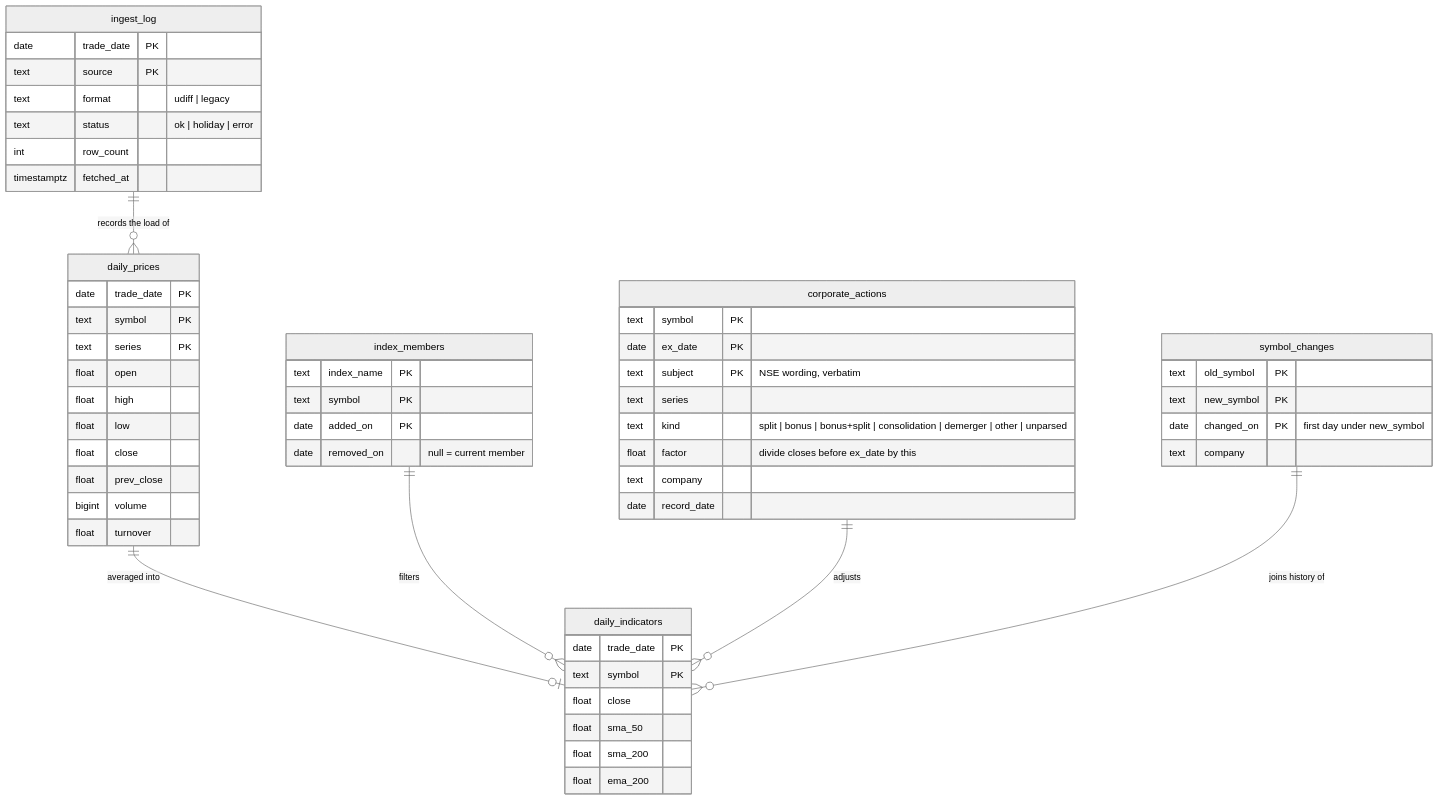
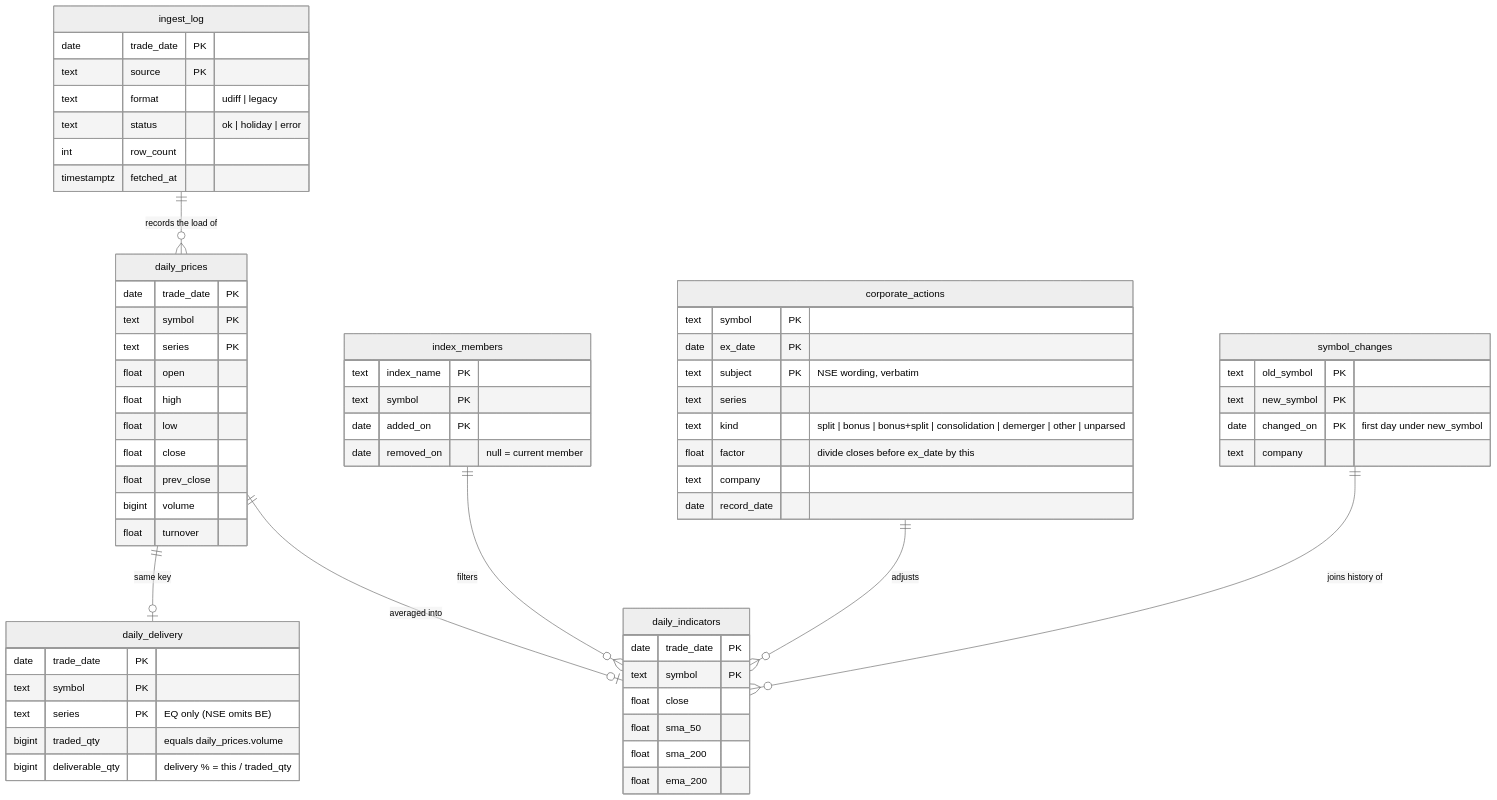
One commit to abhinav2525/TradeSence changed the third of 3 diagrams in README.md. Above: the diagram before and after it, drawn with Mermaid (neutral theme). The commit also changed other lines of this file and 18 other files, not shown here.

````diff
--- a/README.md
+++ b/README.md
@@ -122,58 +122,66 @@
 ```mermaid
 erDiagram
     daily_prices {
         date trade_date PK
         text symbol PK
         text series PK
         float open
         float high
         float low
         float close
         float prev_close
         bigint volume
         float turnover
     }
     index_members {
         text index_name PK
         text symbol PK
         date added_on PK
         date removed_on "null = current member"
     }
     daily_indicators {
         date trade_date PK
         text symbol PK
         float close
         float sma_50
         float sma_200
         float ema_200
     }
     corporate_actions {
         text symbol PK
         date ex_date PK
         text subject PK "NSE wording, verbatim"
         text series
         text kind "split | bonus | bonus+split | consolidation | demerger | other | unparsed"
         float factor "divide closes before ex_date by this"
         text company
         date record_date
     }
     symbol_changes {
         text old_symbol PK
         text new_symbol PK
         date changed_on PK "first day under new_symbol"
         text company
     }
+    daily_delivery {
+        date trade_date PK
+        text symbol PK
+        text series PK "EQ only (NSE omits BE)"
+        bigint traded_qty "equals daily_prices.volume"
+        bigint deliverable_qty "delivery % = this / traded_qty"
+    }
     ingest_log {
         date trade_date PK
         text source PK
         text format "udiff | legacy"
         text status "ok | holiday | error"
         int row_count
         timestamptz fetched_at
     }
     daily_prices ||--o| daily_indicators : "averaged into"
+    daily_prices ||--o| daily_delivery : "same key"
     index_members ||--o{ daily_indicators : "filters"
     corporate_actions ||--o{ daily_indicators : "adjusts"
     symbol_changes ||--o{ daily_indicators : "joins history of"
     ingest_log ||--o{ daily_prices : "records the load of"
 ```
````
